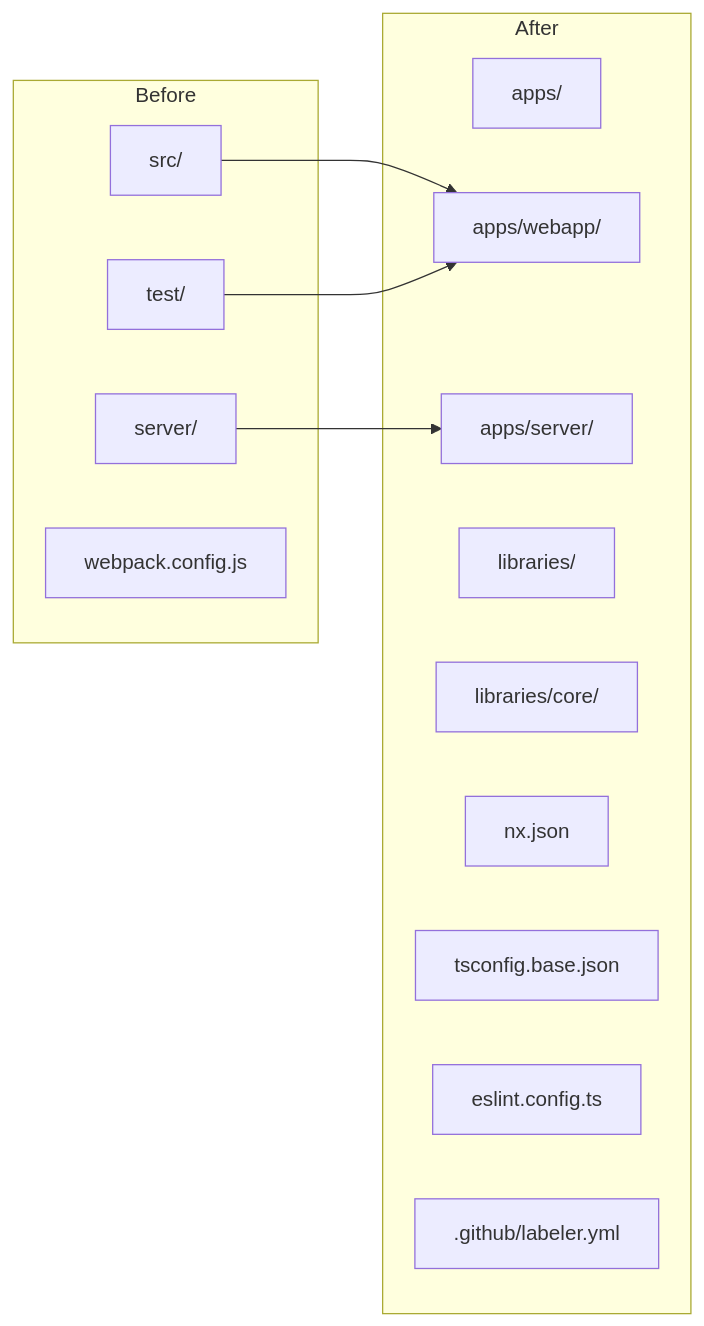
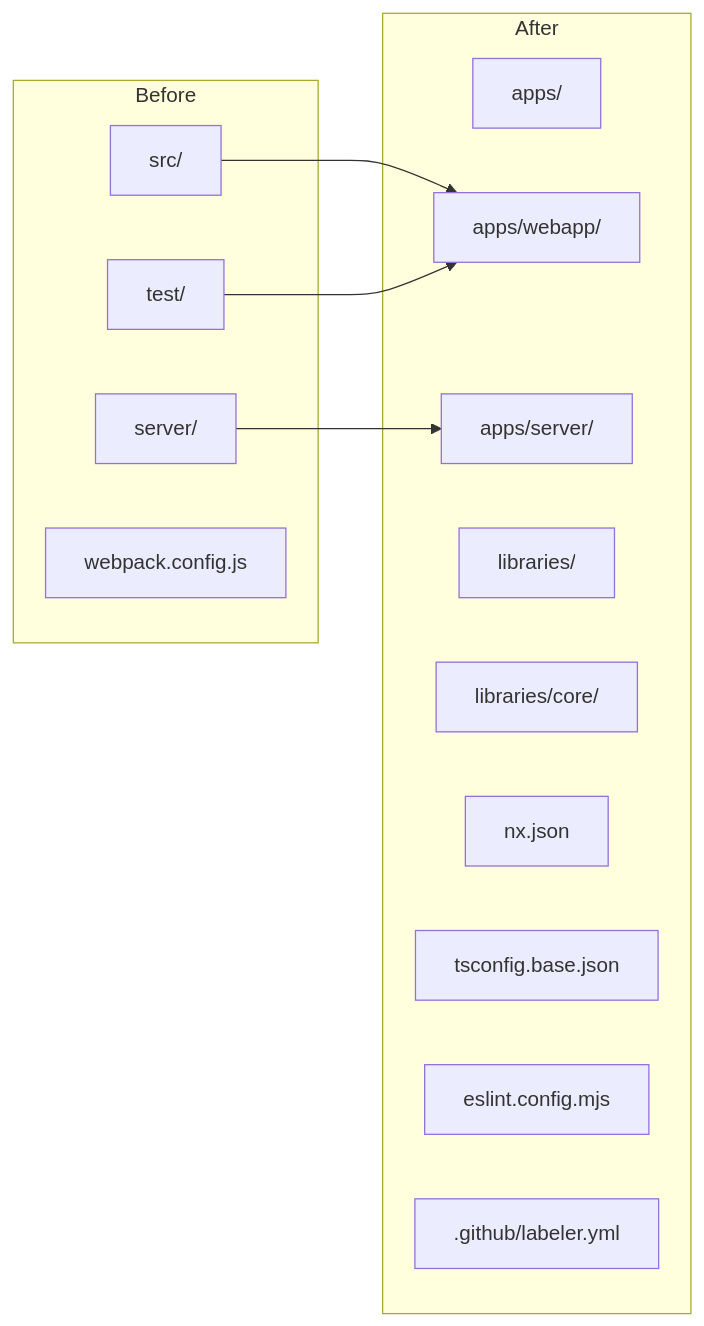
Before and after one commit to wireapp/wire-webapp: the first of 4 diagrams in docs/nx-monorepo-integration-overview.md, drawn with Mermaid. The commit also changed other lines of this file and 34 other files, not shown here.

````diff
--- a/docs/nx-monorepo-integration-overview.md
+++ b/docs/nx-monorepo-integration-overview.md
@@ -54,25 +54,25 @@
 ```mermaid
 graph LR
     subgraph Before
         A[server/]
         B[src/]
         C[test/]
         D[webpack.config.js]
     end
 
     subgraph After
         E[apps/]
         E1[apps/webapp/]
         E2[apps/server/]
         F[libraries/]
         F1[libraries/core/]
         G[nx.json]
         H[tsconfig.base.json]
-        I[eslint.config.ts]
+        I[eslint.config.mjs]
         J[.github/labeler.yml]
     end
 
     A --> E2
     B --> E1
     C --> E1
 ```
````
